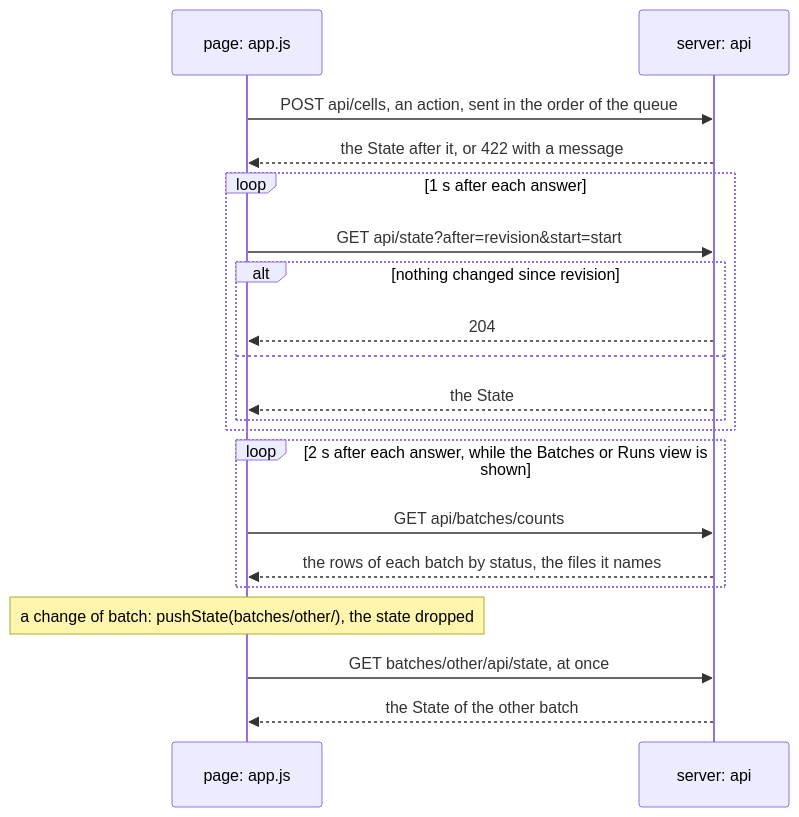
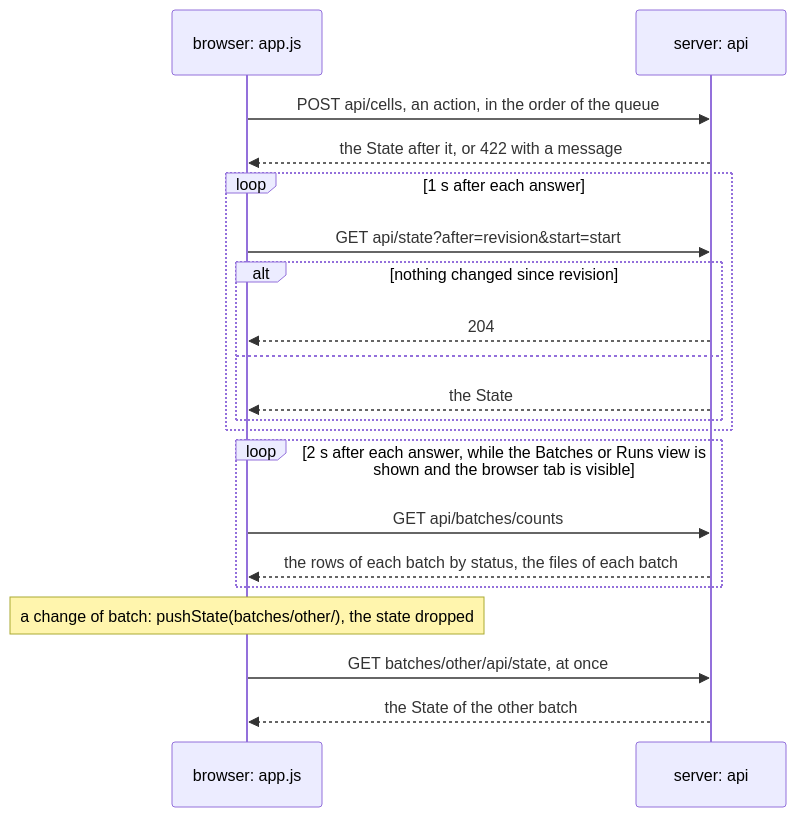
One commit to scipp/essapps changed the second of 2 diagrams in packages/essbatch/src/ess/batch/web/README.md. Above: the diagram before and after it, drawn with Mermaid. The commit also changed other lines of this file, not shown here.

First line of the commit message:
essbatch web README: for the maintainer of the page

````diff
--- a/packages/essbatch/src/ess/batch/web/README.md
+++ b/packages/essbatch/src/ess/batch/web/README.md
@@ -344,22 +124,22 @@
 ```mermaid
 sequenceDiagram
-    participant page as page: app.js
+    participant page as browser: app.js
     participant server as server: api
-    page->>server: POST api/cells, an action, sent in the order of the queue
+    page->>server: POST api/cells, an action, in the order of the queue
     server-->>page: the State after it, or 422 with a message
     loop 1 s after each answer
         page->>server: GET api/state?after=revision&start=start
         alt nothing changed since revision
             server-->>page: 204
         else
             server-->>page: the State
         end
     end
-    loop 2 s after each answer, while the Batches or Runs view is shown
+    loop 2 s after each answer, while the Batches or Runs view is shown and the browser tab is visible
         page->>server: GET api/batches/counts
-        server-->>page: the rows of each batch by status, the files it names
+        server-->>page: the rows of each batch by status, the files of each batch
     end
     Note over page: a change of batch: pushState(batches/other/), the state dropped
     page->>server: GET batches/other/api/state, at once
     server-->>page: the State of the other batch
 ```
````
